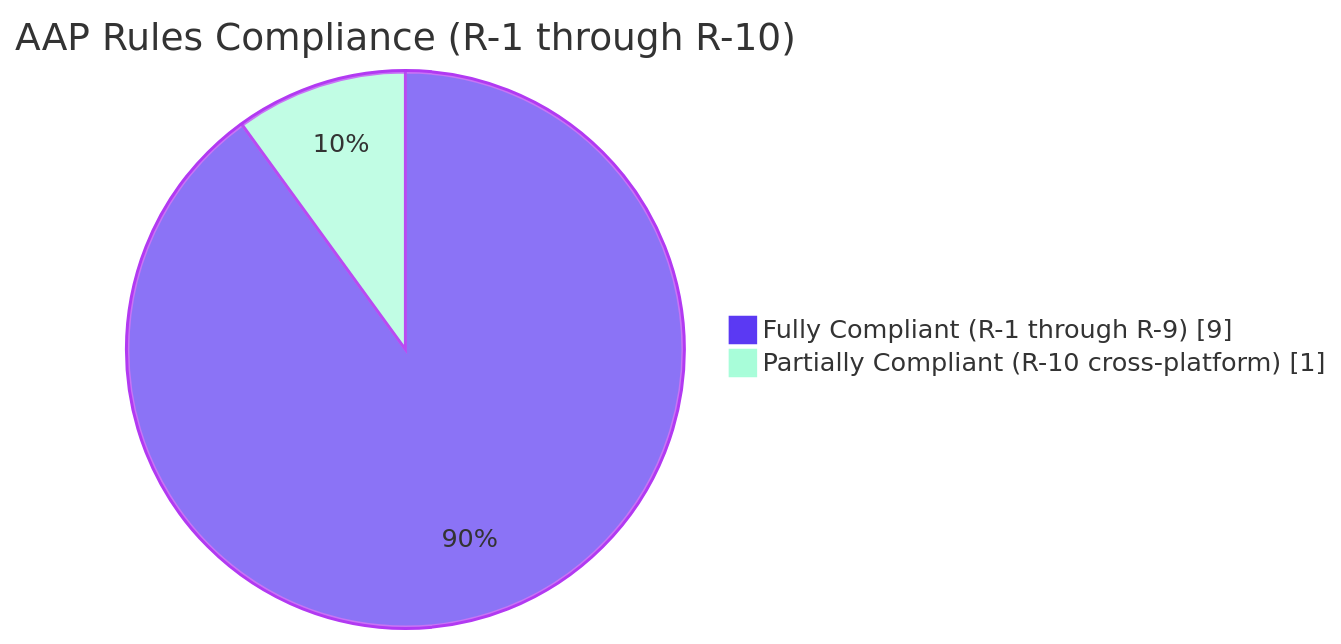
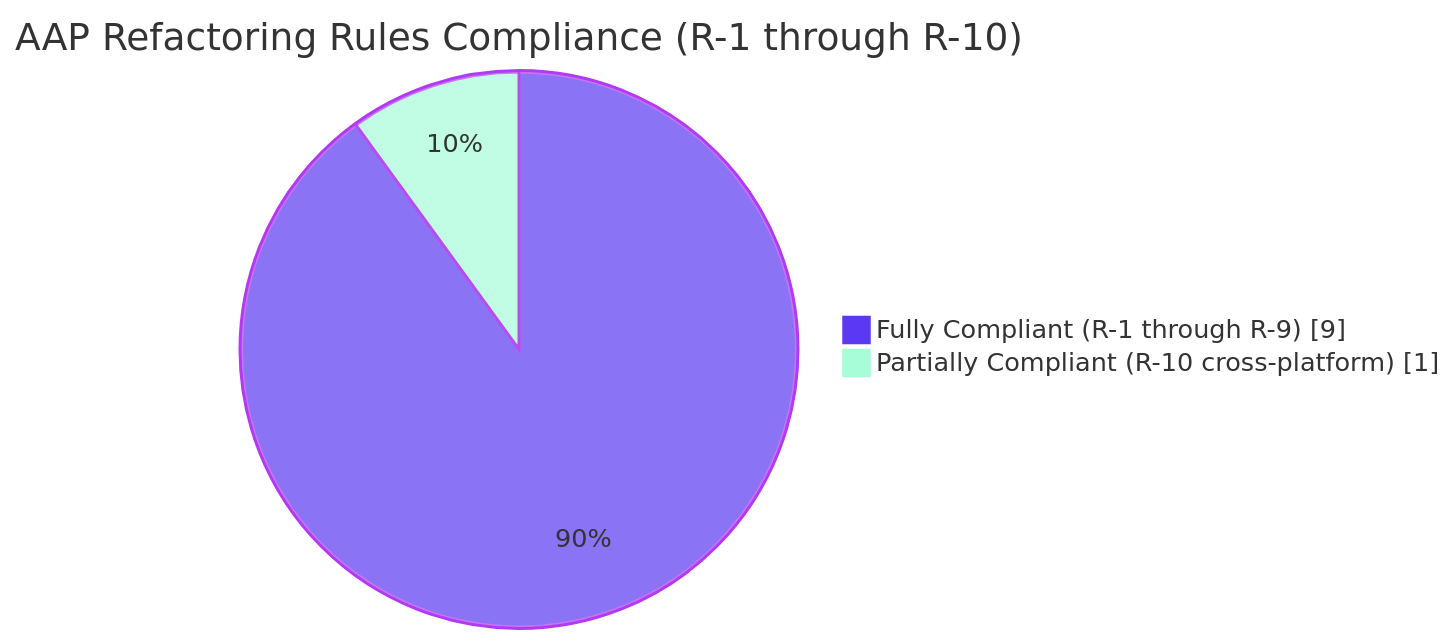
One commit to Blitzy-Sandbox/blitzy-nginx changed the fourth of 4 diagrams in blitzy/documentation/Project Guide.md. Above: the diagram before and after it, drawn with Mermaid. The commit also changed other lines of this file, not shown here.

````diff
--- a/blitzy/documentation/Project Guide.md
+++ b/blitzy/documentation/Project Guide.md
@@ -312,7 +333,7 @@
 ```mermaid
 %%{init: {'theme':'base','themeVariables':{'pie1':'#5B39F3','pie2':'#A8FDD9','pie3':'#FFFFFF','pieStrokeColor':'#B23AF2','pieOuterStrokeColor':'#B23AF2'}}}%%
 pie showData
-    title AAP Rules Compliance (R-1 through R-10)
+    title AAP Refactoring Rules Compliance (R-1 through R-10)
     "Fully Compliant (R-1 through R-9)" : 9
     "Partially Compliant (R-10 cross-platform)" : 1
 ```
````
